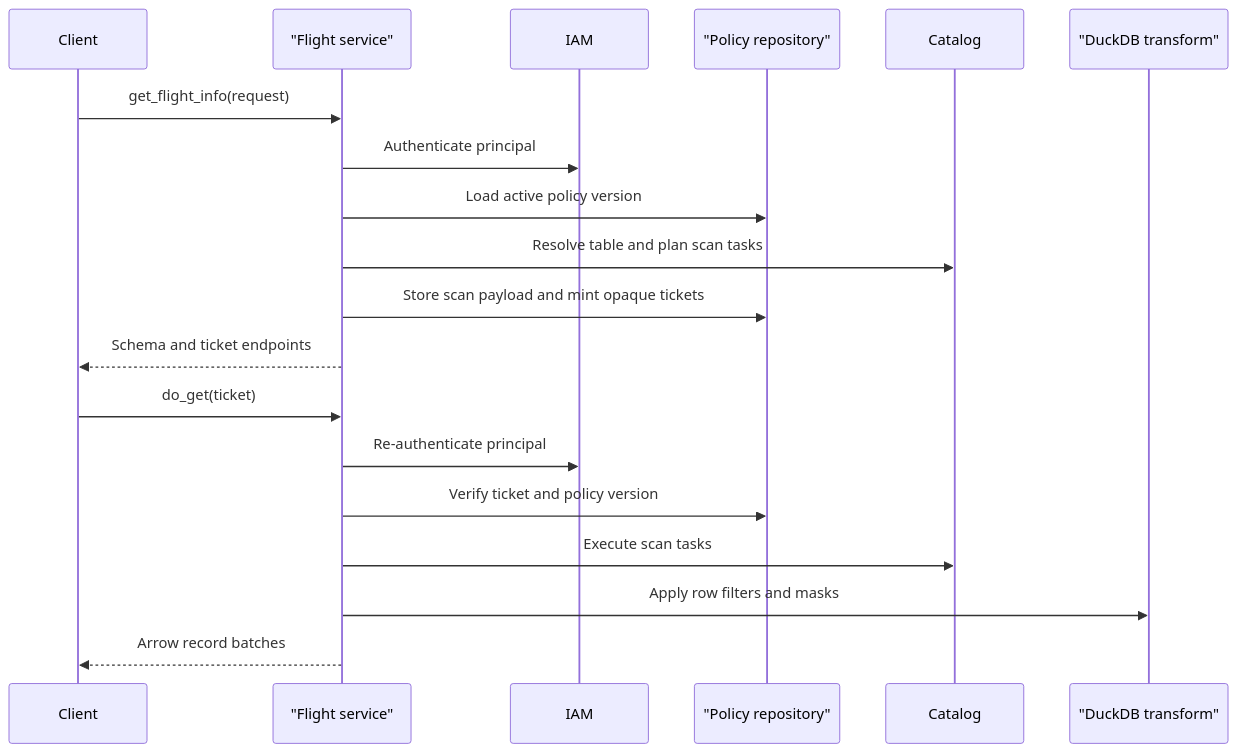
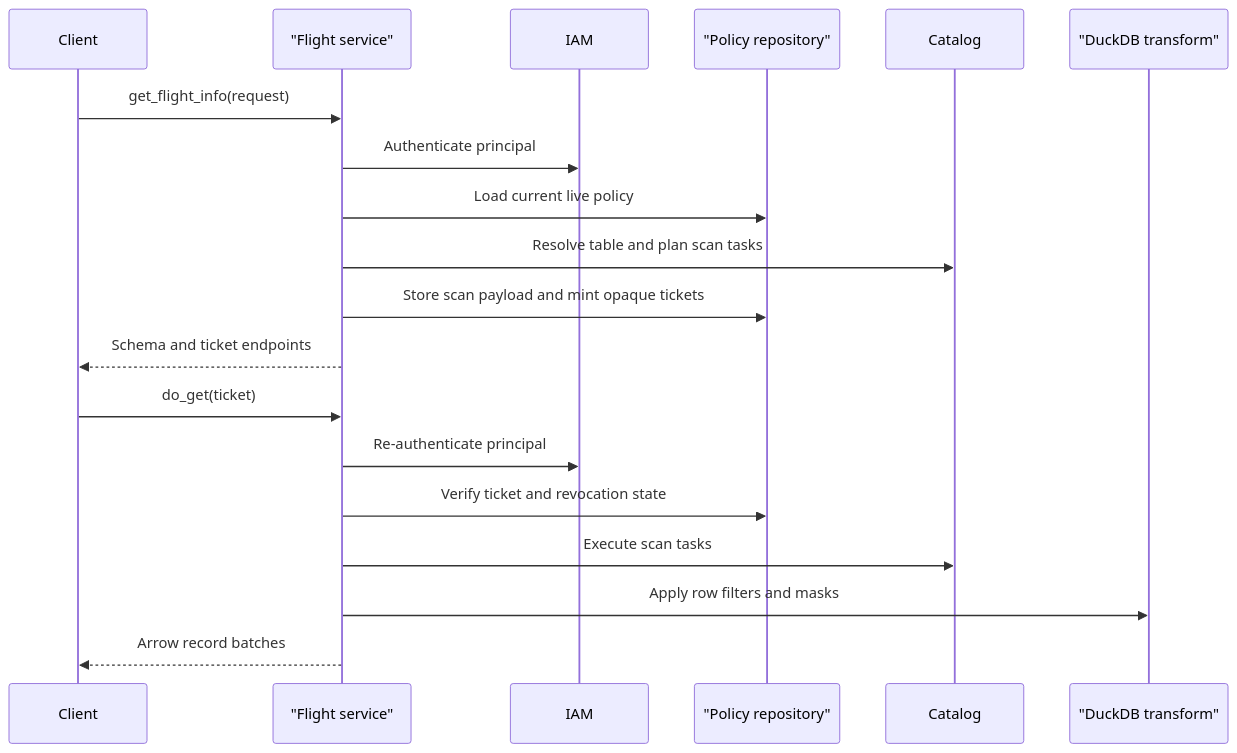
Before and after one commit to snithish/dal-obscura: the third of 3 diagrams in docs/concepts.md, drawn with Mermaid. The commit also changed other lines of this file and 174 other files, not shown here.

````diff
--- a/docs/concepts.md
+++ b/docs/concepts.md
@@ -92,22 +91,22 @@
 ```mermaid
 sequenceDiagram
     participant Client
     participant Flight as "Flight service"
     participant IAM
     participant Repo as "Policy repository"
     participant Catalog
     participant Engine as "DuckDB transform"
 
     Client->>Flight: get_flight_info(request)
     Flight->>IAM: Authenticate principal
-    Flight->>Repo: Load active policy version
+    Flight->>Repo: Load current live policy
     Flight->>Catalog: Resolve table and plan scan tasks
     Flight->>Repo: Store scan payload and mint opaque tickets
     Flight-->>Client: Schema and ticket endpoints
     Client->>Flight: do_get(ticket)
     Flight->>IAM: Re-authenticate principal
-    Flight->>Repo: Verify ticket and policy version
+    Flight->>Repo: Verify ticket and revocation state
     Flight->>Catalog: Execute scan tasks
     Flight->>Engine: Apply row filters and masks
     Flight-->>Client: Arrow record batches
 ```
````
